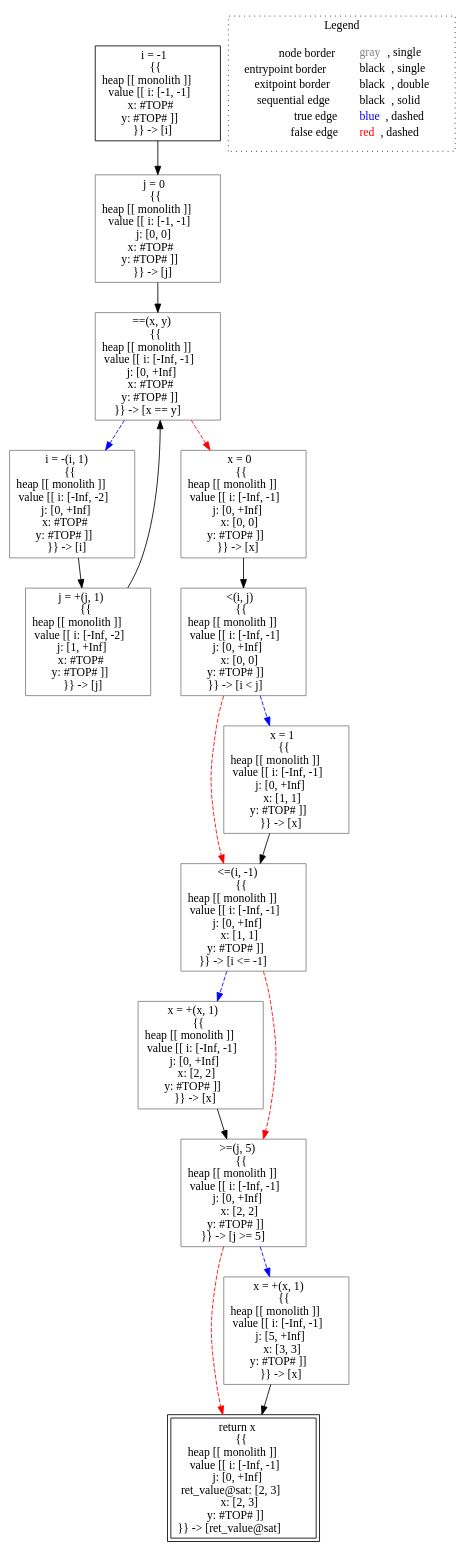
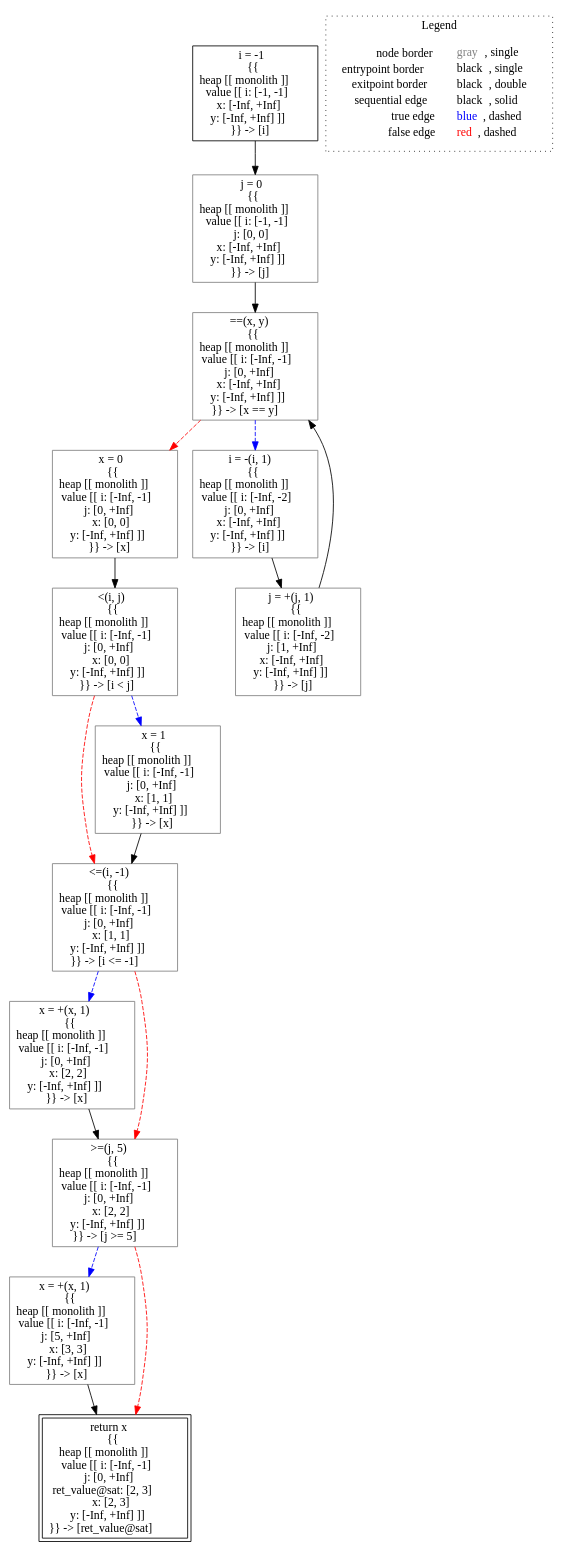
The diagram in lisa/imp-testcases/interval/analysis___untyped_tutorial.sat(tutorial_this,_untyped_x,_untyped_y).dot (lisa-analyzer/lisa), drawn with Graphviz before and after one commit. The commit also changed 17 other files, not shown here.

```diff
--- a/lisa/imp-testcases/interval/analysis___untyped_tutorial.sat(tutorial_this,_untyped_x,_untyped_y).dot
+++ b/lisa/imp-testcases/interval/analysis___untyped_tutorial.sat(tutorial_this,_untyped_x,_untyped_y).dot
@@ -1,38 +1,38 @@
 digraph {
-	"node0" [shape="rect",color="black",label=<i = -1<BR/>{{<BR/>heap [[ monolith ]]<BR/>value [[ i: [-1, -1]<BR/>x: #TOP#<BR/>y: #TOP# ]]<BR/>}} -&gt; [i]>];
-	"node1" [shape="rect",color="gray",label=<x = +(x, 1)<BR/>{{<BR/>heap [[ monolith ]]<BR/>value [[ i: [-Inf, -1]<BR/>j: [0, +Inf]<BR/>x: [2, 2]<BR/>y: #TOP# ]]<BR/>}} -&gt; [x]>];
-	"node2" [shape="rect",color="gray",label=<&lt;=(i, -1)<BR/>{{<BR/>heap [[ monolith ]]<BR/>value [[ i: [-Inf, -1]<BR/>j: [0, +Inf]<BR/>x: [1, 1]<BR/>y: #TOP# ]]<BR/>}} -&gt; [i &lt;= -1]>];
-	"node3" [shape="rect",color="gray",label=<i = -(i, 1)<BR/>{{<BR/>heap [[ monolith ]]<BR/>value [[ i: [-Inf, -2]<BR/>j: [0, +Inf]<BR/>x: #TOP#<BR/>y: #TOP# ]]<BR/>}} -&gt; [i]>];
-	"node4" [shape="rect",color="gray",label=<==(x, y)<BR/>{{<BR/>heap [[ monolith ]]<BR/>value [[ i: [-Inf, -1]<BR/>j: [0, +Inf]<BR/>x: #TOP#<BR/>y: #TOP# ]]<BR/>}} -&gt; [x == y]>];
-	"node5" [shape="rect",color="gray",label=<&lt;(i, j)<BR/>{{<BR/>heap [[ monolith ]]<BR/>value [[ i: [-Inf, -1]<BR/>j: [0, +Inf]<BR/>x: [0, 0]<BR/>y: #TOP# ]]<BR/>}} -&gt; [i &lt; j]>];
-	"node6" [shape="rect",color="gray",label=<&gt;=(j, 5)<BR/>{{<BR/>heap [[ monolith ]]<BR/>value [[ i: [-Inf, -1]<BR/>j: [0, +Inf]<BR/>x: [2, 2]<BR/>y: #TOP# ]]<BR/>}} -&gt; [j &gt;= 5]>];
-	"node7" [shape="rect",color="gray",label=<x = 0<BR/>{{<BR/>heap [[ monolith ]]<BR/>value [[ i: [-Inf, -1]<BR/>j: [0, +Inf]<BR/>x: [0, 0]<BR/>y: #TOP# ]]<BR/>}} -&gt; [x]>];
-	"node8" [shape="rect",color="gray",label=<j = +(j, 1)<BR/>{{<BR/>heap [[ monolith ]]<BR/>value [[ i: [-Inf, -2]<BR/>j: [1, +Inf]<BR/>x: #TOP#<BR/>y: #TOP# ]]<BR/>}} -&gt; [j]>];
-	"node9" [shape="rect",color="gray",label=<j = 0<BR/>{{<BR/>heap [[ monolith ]]<BR/>value [[ i: [-1, -1]<BR/>j: [0, 0]<BR/>x: #TOP#<BR/>y: #TOP# ]]<BR/>}} -&gt; [j]>];
-	"node10" [shape="rect",color="gray",label=<x = 1<BR/>{{<BR/>heap [[ monolith ]]<BR/>value [[ i: [-Inf, -1]<BR/>j: [0, +Inf]<BR/>x: [1, 1]<BR/>y: #TOP# ]]<BR/>}} -&gt; [x]>];
-	"node11" [shape="rect",color="black",peripheries="2",label=<return x<BR/>{{<BR/>heap [[ monolith ]]<BR/>value [[ i: [-Inf, -1]<BR/>j: [0, +Inf]<BR/>ret_value@sat: [2, 3]<BR/>x: [2, 3]<BR/>y: #TOP# ]]<BR/>}} -&gt; [ret_value@sat]>];
-	"node12" [shape="rect",color="gray",label=<x = +(x, 1)<BR/>{{<BR/>heap [[ monolith ]]<BR/>value [[ i: [-Inf, -1]<BR/>j: [5, +Inf]<BR/>x: [3, 3]<BR/>y: #TOP# ]]<BR/>}} -&gt; [x]>];
-	"node1" -> "node6" [color="black"];
-	"node2" -> "node6" [color="red",style="dashed"];
-	"node2" -> "node1" [color="blue",style="dashed"];
-	"node3" -> "node8" [color="black"];
-	"node4" -> "node7" [color="red",style="dashed"];
-	"node4" -> "node3" [color="blue",style="dashed"];
-	"node0" -> "node9" [color="black"];
-	"node5" -> "node2" [color="red",style="dashed"];
-	"node5" -> "node10" [color="blue",style="dashed"];
-	"node6" -> "node11" [color="red",style="dashed"];
-	"node6" -> "node12" [color="blue",style="dashed"];
-	"node7" -> "node5" [color="black"];
-	"node8" -> "node4" [color="black"];
-	"node9" -> "node4" [color="black"];
-	"node10" -> "node2" [color="black"];
-	"node12" -> "node11" [color="black"];
+	"node0" [shape="rect",color="black",label=<i = -1<BR/>{{<BR/>heap [[ monolith ]]<BR/>value [[ i: [-1, -1]<BR/>x: [-Inf, +Inf]<BR/>y: [-Inf, +Inf] ]]<BR/>}} -&gt; [i]>];
+	"node1" [shape="rect",color="gray",label=<x = +(x, 1)<BR/>{{<BR/>heap [[ monolith ]]<BR/>value [[ i: [-Inf, -1]<BR/>j: [0, +Inf]<BR/>x: [2, 2]<BR/>y: [-Inf, +Inf] ]]<BR/>}} -&gt; [x]>];
+	"node2" [shape="rect",color="gray",label=<&gt;=(j, 5)<BR/>{{<BR/>heap [[ monolith ]]<BR/>value [[ i: [-Inf, -1]<BR/>j: [0, +Inf]<BR/>x: [2, 2]<BR/>y: [-Inf, +Inf] ]]<BR/>}} -&gt; [j &gt;= 5]>];
+	"node3" [shape="rect",color="gray",label=<&lt;(i, j)<BR/>{{<BR/>heap [[ monolith ]]<BR/>value [[ i: [-Inf, -1]<BR/>j: [0, +Inf]<BR/>x: [0, 0]<BR/>y: [-Inf, +Inf] ]]<BR/>}} -&gt; [i &lt; j]>];
+	"node4" [shape="rect",color="gray",label=<x = +(x, 1)<BR/>{{<BR/>heap [[ monolith ]]<BR/>value [[ i: [-Inf, -1]<BR/>j: [5, +Inf]<BR/>x: [3, 3]<BR/>y: [-Inf, +Inf] ]]<BR/>}} -&gt; [x]>];
+	"node5" [shape="rect",color="gray",label=<==(x, y)<BR/>{{<BR/>heap [[ monolith ]]<BR/>value [[ i: [-Inf, -1]<BR/>j: [0, +Inf]<BR/>x: [-Inf, +Inf]<BR/>y: [-Inf, +Inf] ]]<BR/>}} -&gt; [x == y]>];
+	"node6" [shape="rect",color="gray",label=<x = 0<BR/>{{<BR/>heap [[ monolith ]]<BR/>value [[ i: [-Inf, -1]<BR/>j: [0, +Inf]<BR/>x: [0, 0]<BR/>y: [-Inf, +Inf] ]]<BR/>}} -&gt; [x]>];
+	"node7" [shape="rect",color="gray",label=<&lt;=(i, -1)<BR/>{{<BR/>heap [[ monolith ]]<BR/>value [[ i: [-Inf, -1]<BR/>j: [0, +Inf]<BR/>x: [1, 1]<BR/>y: [-Inf, +Inf] ]]<BR/>}} -&gt; [i &lt;= -1]>];
+	"node8" [shape="rect",color="black",peripheries="2",label=<return x<BR/>{{<BR/>heap [[ monolith ]]<BR/>value [[ i: [-Inf, -1]<BR/>j: [0, +Inf]<BR/>ret_value@sat: [2, 3]<BR/>x: [2, 3]<BR/>y: [-Inf, +Inf] ]]<BR/>}} -&gt; [ret_value@sat]>];
+	"node9" [shape="rect",color="gray",label=<i = -(i, 1)<BR/>{{<BR/>heap [[ monolith ]]<BR/>value [[ i: [-Inf, -2]<BR/>j: [0, +Inf]<BR/>x: [-Inf, +Inf]<BR/>y: [-Inf, +Inf] ]]<BR/>}} -&gt; [i]>];
+	"node10" [shape="rect",color="gray",label=<j = +(j, 1)<BR/>{{<BR/>heap [[ monolith ]]<BR/>value [[ i: [-Inf, -2]<BR/>j: [1, +Inf]<BR/>x: [-Inf, +Inf]<BR/>y: [-Inf, +Inf] ]]<BR/>}} -&gt; [j]>];
+	"node11" [shape="rect",color="gray",label=<j = 0<BR/>{{<BR/>heap [[ monolith ]]<BR/>value [[ i: [-1, -1]<BR/>j: [0, 0]<BR/>x: [-Inf, +Inf]<BR/>y: [-Inf, +Inf] ]]<BR/>}} -&gt; [j]>];
+	"node12" [shape="rect",color="gray",label=<x = 1<BR/>{{<BR/>heap [[ monolith ]]<BR/>value [[ i: [-Inf, -1]<BR/>j: [0, +Inf]<BR/>x: [1, 1]<BR/>y: [-Inf, +Inf] ]]<BR/>}} -&gt; [x]>];
+	"node1" -> "node2" [color="black"];
+	"node2" -> "node4" [color="blue",style="dashed"];
+	"node2" -> "node8" [color="red",style="dashed"];
+	"node0" -> "node11" [color="black"];
+	"node3" -> "node7" [color="red",style="dashed"];
+	"node3" -> "node12" [color="blue",style="dashed"];
+	"node4" -> "node8" [color="black"];
+	"node5" -> "node9" [color="blue",style="dashed"];
+	"node5" -> "node6" [color="red",style="dashed"];
+	"node6" -> "node3" [color="black"];
+	"node7" -> "node1" [color="blue",style="dashed"];
+	"node7" -> "node2" [color="red",style="dashed"];
+	"node9" -> "node10" [color="black"];
+	"node10" -> "node5" [color="black"];
+	"node11" -> "node5" [color="black"];
+	"node12" -> "node7" [color="black"];
 subgraph cluster_legend {
 	label="Legend";
 	style=dotted;
 	node [shape=plaintext];
 	"legend" [label=<<table border="0" cellpadding="2" cellspacing="0" cellborder="0"><tr><td align="right">node border&nbsp;</td><td align="left"><font color="gray">gray</font>, single</td></tr><tr><td align="right">entrypoint border&nbsp;</td><td align="left"><font color="black">black</font>, single</td></tr><tr><td align="right">exitpoint border&nbsp;</td><td align="left"><font color="black">black</font>, double</td></tr><tr><td align="right">sequential edge&nbsp;</td><td align="left"><font color="black">black</font>, solid</td></tr><tr><td align="right">true edge&nbsp;</td><td align="left"><font color="blue">blue</font>, dashed</td></tr><tr><td align="right">false edge&nbsp;</td><td align="left"><font color="red">red</font>, dashed</td></tr></table>>];
 }
 
 }
```
